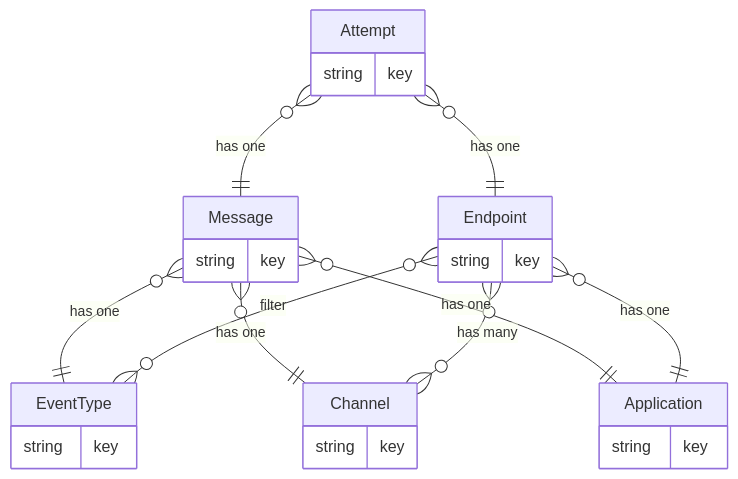
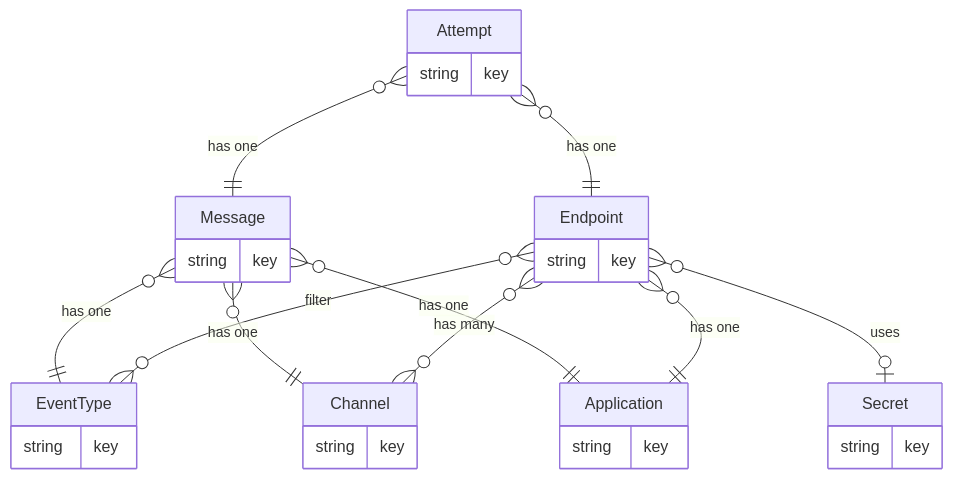
One commit to andrestielau/web-of-hooks changed the second of 2 diagrams in README.md. Above: the diagram before and after it, drawn with Mermaid. The commit also changed other lines of this file, not shown here.

Commit message:
fix diagrams

````diff
--- a/README.md
+++ b/README.md
@@ -96,29 +101,33 @@
 ```mermaid
 erDiagram
     EventType {
         string key
     }
     Channel {
         string key
     }
     Application {
         string key
     }
     Endpoint {
         string key
     }
     Message {
         string key
     }
     Attempt {
         string key
     }
+    Secret {
+        string key
+    }
     Message }o--|| EventType : "has one"
     Message }o--|| Channel : "has one"
     Message }o--|| Application : "has one"
     Attempt }o--|| Message : "has one"
     Attempt }o--|| Endpoint : "has one"
     Endpoint }o--|| Application : "has one"
     Endpoint }o--o{ Channel : "has many"
     Endpoint }o--o{ EventType : "filter"
+    Endpoint }o--o| Secret : "uses"
 ```
````
